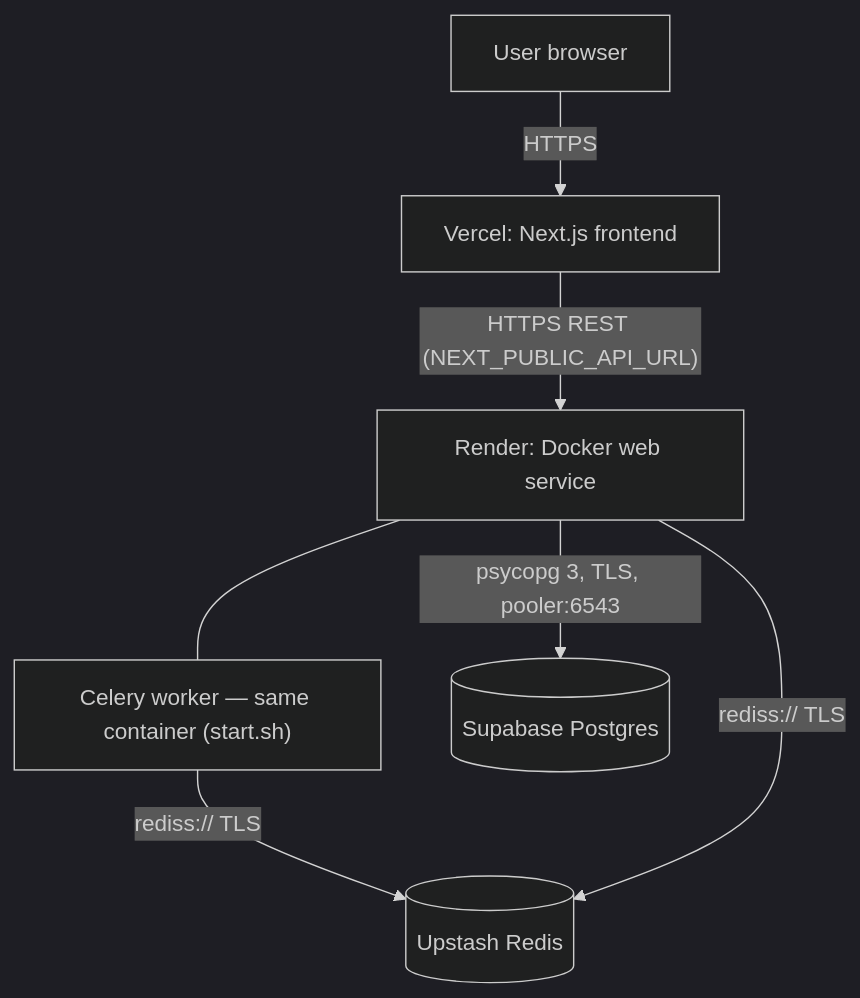
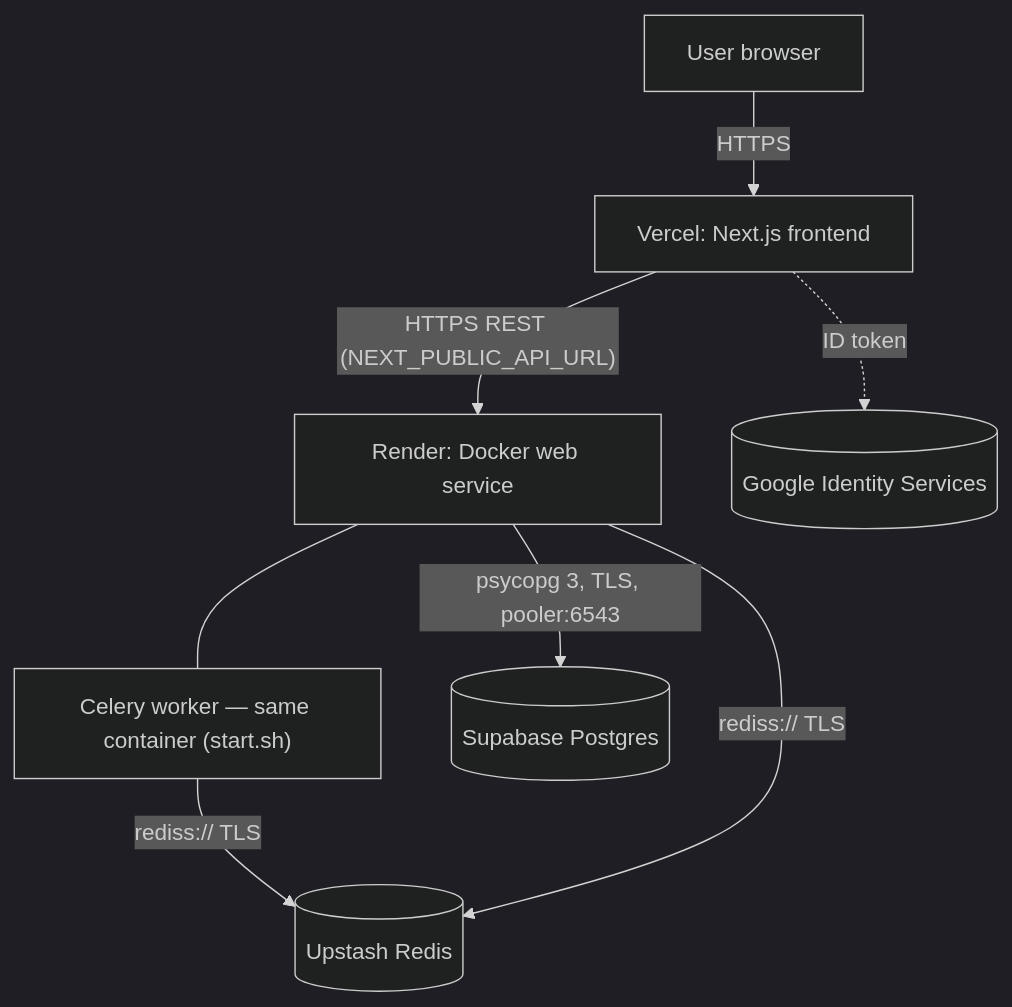
One commit to AdityaKishore0698/payment-wallet changed the diagram in DEPLOYMENT.md. Above: the diagram before and after it, drawn with Mermaid (dark theme). The commit also changed other lines of this file and 27 other files, not shown here.

````diff
--- a/DEPLOYMENT.md
+++ b/DEPLOYMENT.md
@@ -13,9 +13,10 @@
 ```mermaid
 graph TD
     User["User browser"] -->|HTTPS| Vercel["Vercel: Next.js frontend"]
     Vercel -->|"HTTPS REST (NEXT_PUBLIC_API_URL)"| Render["Render: Docker web service"]
     Render --- Worker["Celery worker — same container (start.sh)"]
     Render -->|"psycopg 3, TLS, pooler:6543"| DB[("Supabase Postgres")]
     Worker -->|"rediss:// TLS"| Redis[("Upstash Redis")]
     Render -->|"rediss:// TLS"| Redis
+    Vercel -.->|"ID token"| Google[("Google Identity Services")]
 ```
````
